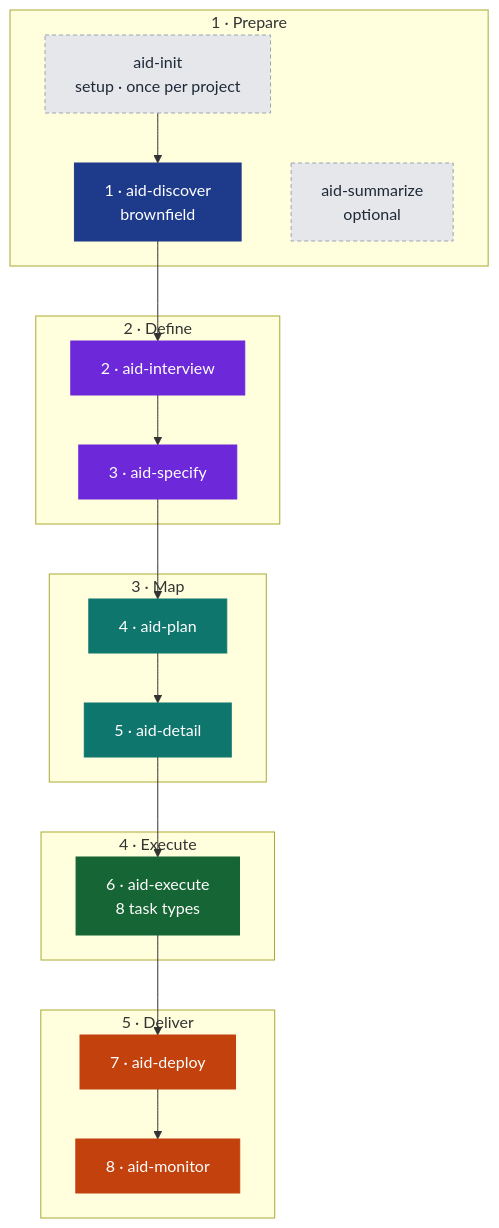
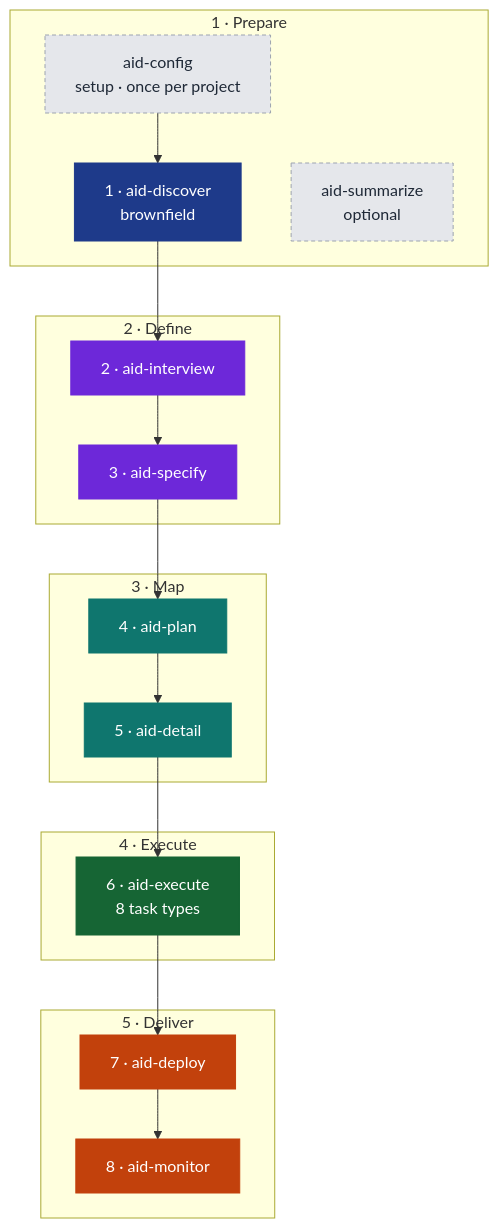
Before and after one commit to AndreVianna/aid-methodology: the first of 5 diagrams in README.md, drawn with Mermaid. The commit also changed other lines of this file and 6 other files, not shown here.

First line of the commit message:
docs(top-level): sync aid-init → aid-config across CLAUDE.md / README / docs / setup / methodology

````diff
--- a/README.md
+++ b/README.md
@@ -62,32 +62,32 @@
 ```mermaid
 flowchart TB
     classDef prep fill:#1E3A8A,stroke:#1E3A8A,color:#ffffff
     classDef def fill:#6D28D9,stroke:#6D28D9,color:#ffffff
     classDef map fill:#0F766E,stroke:#0F766E,color:#ffffff
     classDef exe fill:#166534,stroke:#166534,color:#ffffff
     classDef del fill:#C2410C,stroke:#C2410C,color:#ffffff
     classDef aux fill:#E5E7EB,stroke:#9CA3AF,color:#1F2937,stroke-dasharray:4 3
 
     subgraph G1[" 1 · Prepare "]
-        Init["aid-init<br/>setup · once per project"]:::aux
+        Init["aid-config<br/>setup · once per project"]:::aux
         Disc["1 · aid-discover<br/>brownfield"]:::prep
         Sum["aid-summarize<br/>optional"]:::aux
     end
     subgraph G2[" 2 · Define "]
         Intv["2 · aid-interview"]:::def
         Spec["3 · aid-specify"]:::def
     end
     subgraph G3[" 3 · Map "]
         Plan["4 · aid-plan"]:::map
         Det["5 · aid-detail"]:::map
     end
     subgraph G4[" 4 · Execute "]
         Exe["6 · aid-execute<br/>8 task types"]:::exe
     end
     subgraph G5[" 5 · Deliver "]
         Dep["7 · aid-deploy"]:::del
         Mon["8 · aid-monitor"]:::del
     end
 
     Init --> Disc --> Intv --> Spec --> Plan --> Det --> Exe --> Dep --> Mon
 ```
````
